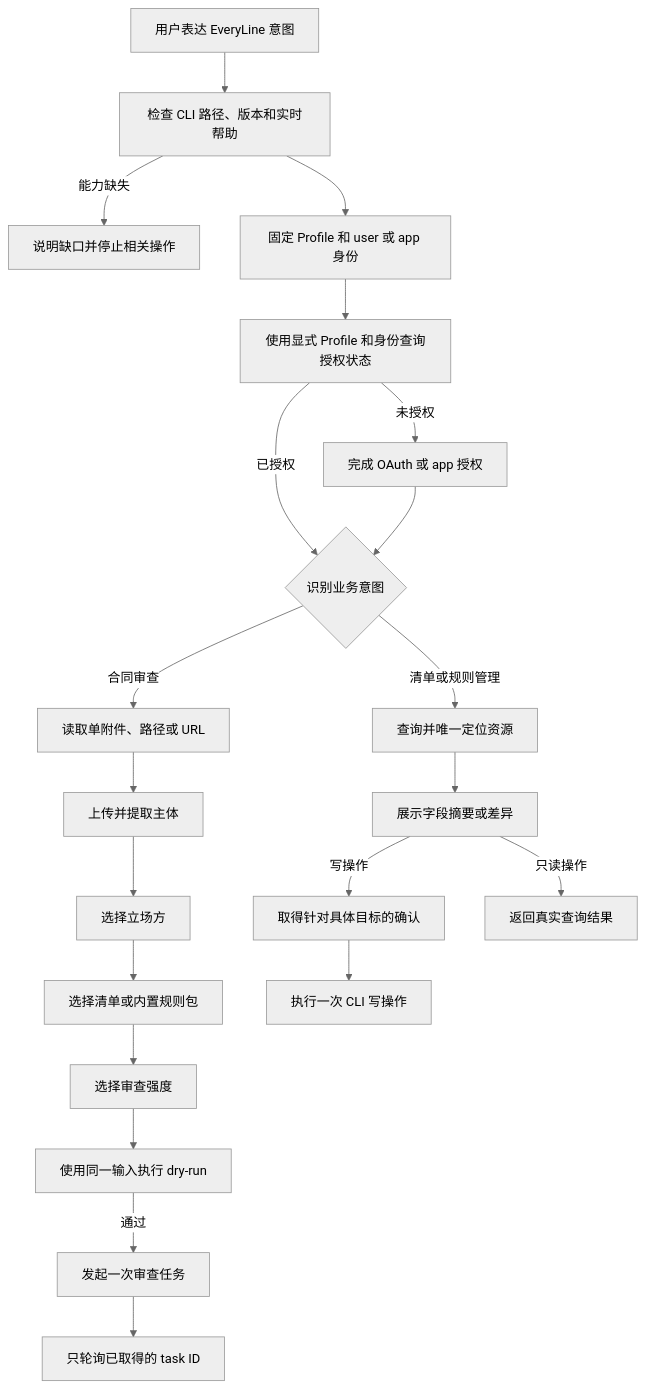
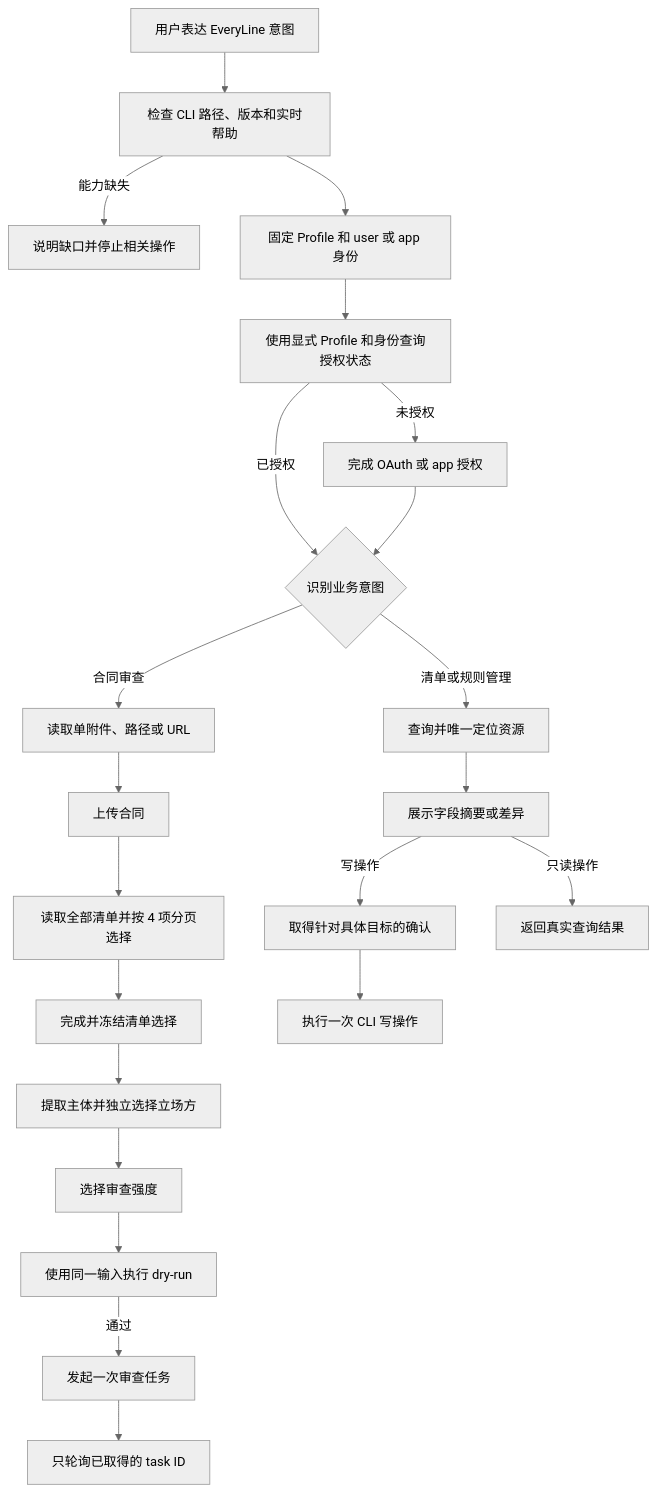
Before and after one commit to qfeius/everyline-cli: the diagram in docs/everyline-cli-skill-interaction-scenarios.md, drawn with Mermaid (neutral theme). The commit also changed other lines of this file and 25 other files, not shown here.

````diff
--- a/docs/everyline-cli-skill-interaction-scenarios.md
+++ b/docs/everyline-cli-skill-interaction-scenarios.md
@@ -15,23 +15,24 @@
 ```mermaid
 flowchart TD
     A[用户表达 EveryLine 意图] --> B[检查 CLI 路径、版本和实时帮助]
     B -->|能力缺失| Z[说明缺口并停止相关操作]
     B --> C[固定 Profile 和 user 或 app 身份]
     C --> D[使用显式 Profile 和身份查询授权状态]
     D -->|未授权| E[完成 OAuth 或 app 授权]
     D -->|已授权| F{识别业务意图}
     E --> F
     F -->|合同审查| G[读取单附件、路径或 URL]
-    G --> H[上传并提取主体]
-    H --> I[选择立场方]
-    I --> J[选择清单或内置规则包]
-    J --> K[选择审查强度]
-    K --> L[使用同一输入执行 dry-run]
-    L -->|通过| M[发起一次审查任务]
-    M --> T[只轮询已取得的 task ID]
-    F -->|清单或规则管理| N[查询并唯一定位资源]
-    N --> O[展示字段摘要或差异]
-    O -->|写操作| P[取得针对具体目标的确认]
-    P --> Q[执行一次 CLI 写操作]
-    O -->|只读操作| R[返回真实查询结果]
+    G --> H[上传合同]
+    H --> I[读取全部清单并按 4 项分页选择]
+    I --> J[完成并冻结清单选择]
+    J --> K[提取主体并独立选择立场方]
+    K --> L[选择审查强度]
+    L --> M[使用同一输入执行 dry-run]
+    M -->|通过| N[发起一次审查任务]
+    N --> O[只轮询已取得的 task ID]
+    F -->|清单或规则管理| P[查询并唯一定位资源]
+    P --> Q[展示字段摘要或差异]
+    Q -->|写操作| R[取得针对具体目标的确认]
+    R --> S[执行一次 CLI 写操作]
+    Q -->|只读操作| T[返回真实查询结果]
 ```
````
